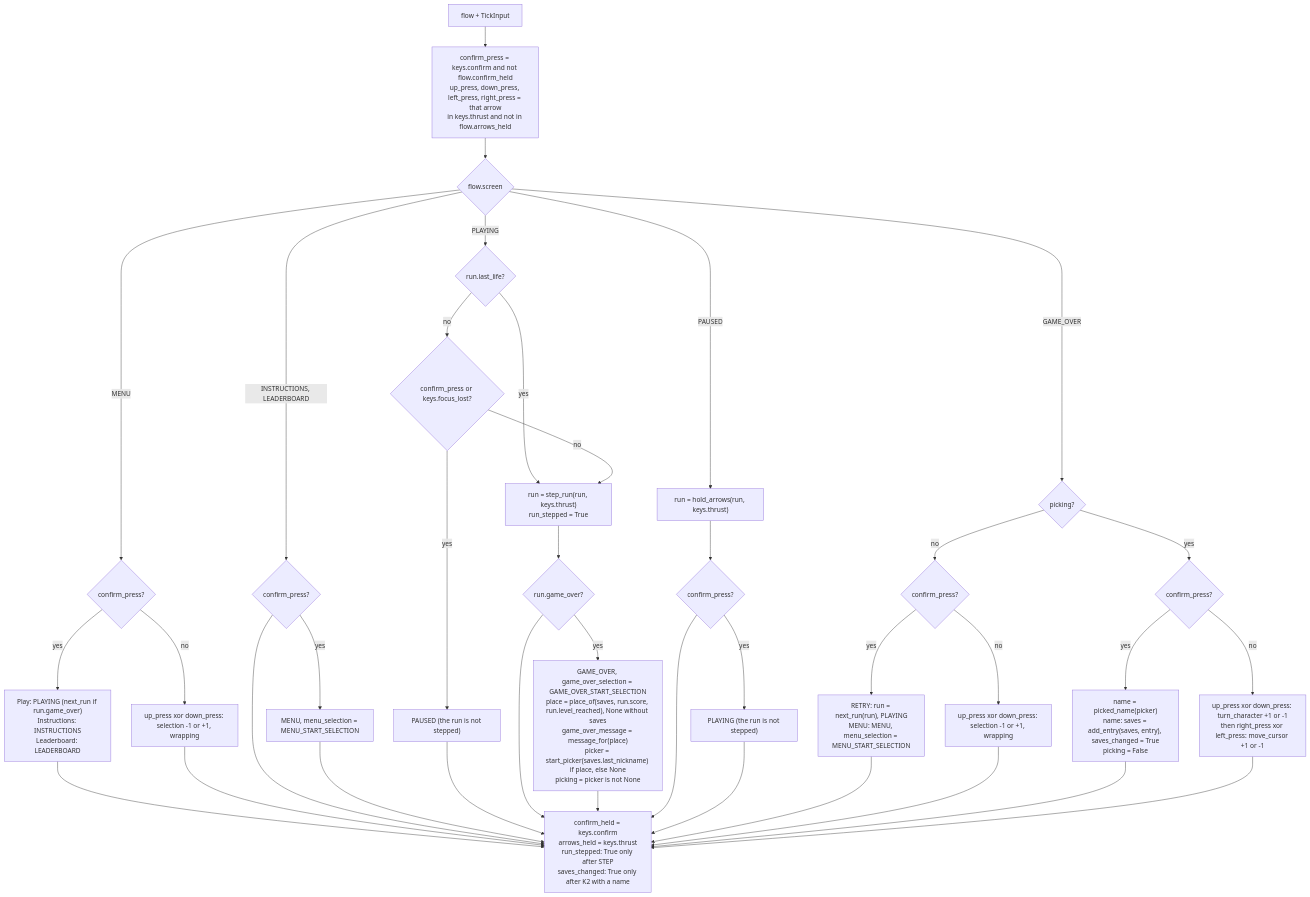
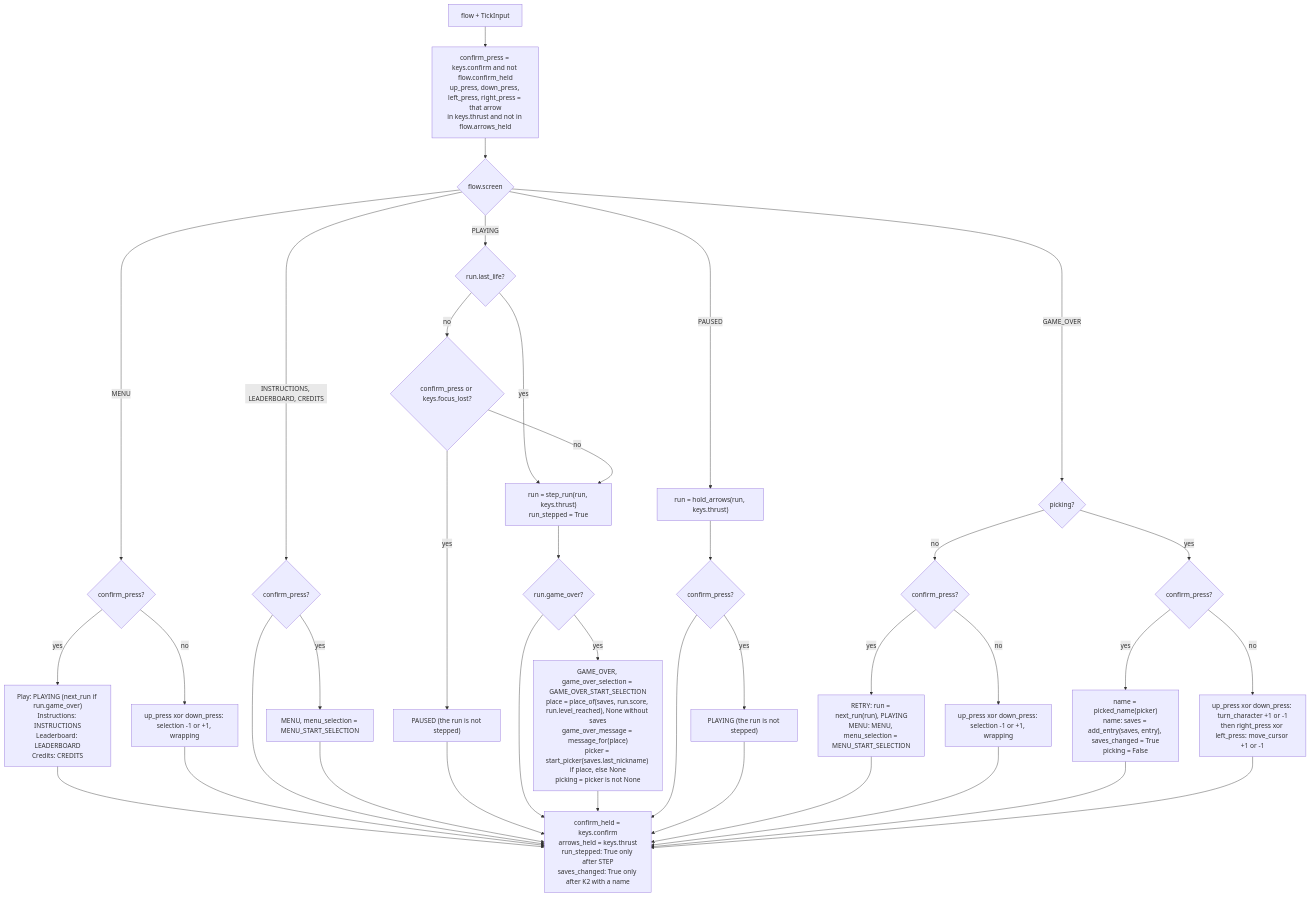
Before and after one commit to david-mntl/driftward-ace: the second of 2 diagrams in docs/contracts/systems/game-flow.md, drawn with Mermaid. The commit also changed other lines of this file and 7 other files, not shown here.

Commit message:
docs(contracts): add the credits page, screen and menu item to the screens and game-flow specs

````diff
--- a/docs/contracts/systems/game-flow.md
+++ b/docs/contracts/systems/game-flow.md
@@ -40,27 +42,27 @@
 ```mermaid
 flowchart TD
   IN["flow + TickInput"] --> PR["confirm_press = keys.confirm and not flow.confirm_held<br/>up_press, down_press, left_press, right_press = that arrow<br/>in keys.thrust and not in flow.arrows_held"]
   PR --> S{"flow.screen"}
   S -- MENU --> M1{"confirm_press?"}
-  M1 -- yes --> M2["Play: PLAYING (next_run if run.game_over)<br/>Instructions: INSTRUCTIONS<br/>Leaderboard: LEADERBOARD"]
+  M1 -- yes --> M2["Play: PLAYING (next_run if run.game_over)<br/>Instructions: INSTRUCTIONS<br/>Leaderboard: LEADERBOARD<br/>Credits: CREDITS"]
   M1 -- no --> M3["up_press xor down_press: selection -1 or +1, wrapping"]
-  S -- "INSTRUCTIONS, LEADERBOARD" --> P1{"confirm_press?"}
+  S -- "INSTRUCTIONS, LEADERBOARD, CREDITS" --> P1{"confirm_press?"}
   P1 -- yes --> P2["MENU, menu_selection = MENU_START_SELECTION"]
   S -- PLAYING --> L1{"run.last_life?"}
   L1 -- yes --> STEP["run = step_run(run, keys.thrust)<br/>run_stepped = True"]
   L1 -- no --> L2{"confirm_press or keys.focus_lost?"}
   L2 -- yes --> PAUSE["PAUSED (the run is not stepped)"]
   L2 -- no --> STEP
   STEP --> GO{"run.game_over?"}
   GO -- yes --> GO2["GAME_OVER, game_over_selection = GAME_OVER_START_SELECTION<br/>place = place_of(saves, run.score, run.level_reached), None without saves<br/>game_over_message = message_for(place)<br/>picker = start_picker(saves.last_nickname) if place, else None<br/>picking = picker is not None"]
   S -- PAUSED --> Q1["run = hold_arrows(run, keys.thrust)"] --> Q2{"confirm_press?"}
   Q2 -- yes --> Q3["PLAYING (the run is not stepped)"]
   S -- GAME_OVER --> PK{"picking?"}
   PK -- yes --> K1{"confirm_press?"}
   K1 -- yes --> K2["name = picked_name(picker)<br/>name: saves = add_entry(saves, entry), saves_changed = True<br/>picking = False"]
   K1 -- no --> K3["up_press xor down_press: turn_character +1 or -1<br/>then right_press xor left_press: move_cursor +1 or -1"]
   PK -- no --> G1{"confirm_press?"}
   G1 -- yes --> G2["RETRY: run = next_run(run), PLAYING<br/>MENU: MENU, menu_selection = MENU_START_SELECTION"]
   G1 -- no --> G3["up_press xor down_press: selection -1 or +1, wrapping"]
   M2 & M3 & P1 & P2 & PAUSE & GO & GO2 & Q2 & Q3 & G2 & G3 & K2 & K3 --> OUT["confirm_held = keys.confirm<br/>arrows_held = keys.thrust<br/>run_stepped: True only after STEP<br/>saves_changed: True only after K2 with a name"]
 ```
````
